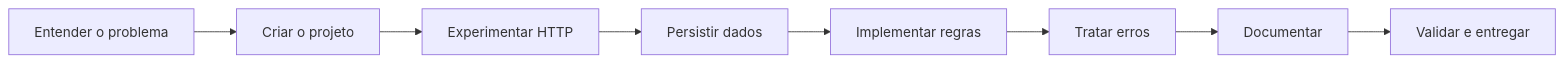
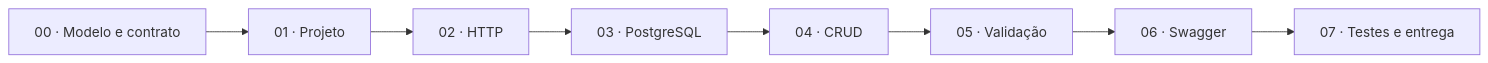
Before and after one commit to e24Dev/CaixaDeSugestoes: the diagram in README.md, drawn with Mermaid. The commit also changed other lines of this file and 15 other files, not shown here.

Commit message:
docs: provide reproducible API tutorials and expand learning diagrams

````diff
--- a/README.md
+++ b/README.md
@@ -20,10 +21,10 @@
 ```mermaid
 flowchart LR
-    modelo["Entender o problema"] --> projeto["Criar o projeto"]
-    projeto --> http["Experimentar HTTP"]
-    http --> banco["Persistir dados"]
-    banco --> crud["Implementar regras"]
-    crud --> erros["Tratar erros"]
-    erros --> swagger["Documentar"]
-    swagger --> testes["Validar e entregar"]
+    Modelo["00 · Modelo e contrato"] --> Projeto["01 · Projeto"]
+    Projeto --> HTTP["02 · HTTP"]
+    HTTP --> Banco["03 · PostgreSQL"]
+    Banco --> CRUD["04 · CRUD"]
+    CRUD --> Erros["05 · Validação"]
+    Erros --> Swagger["06 · Swagger"]
+    Swagger --> Entrega["07 · Testes e entrega"]
 ```
````
